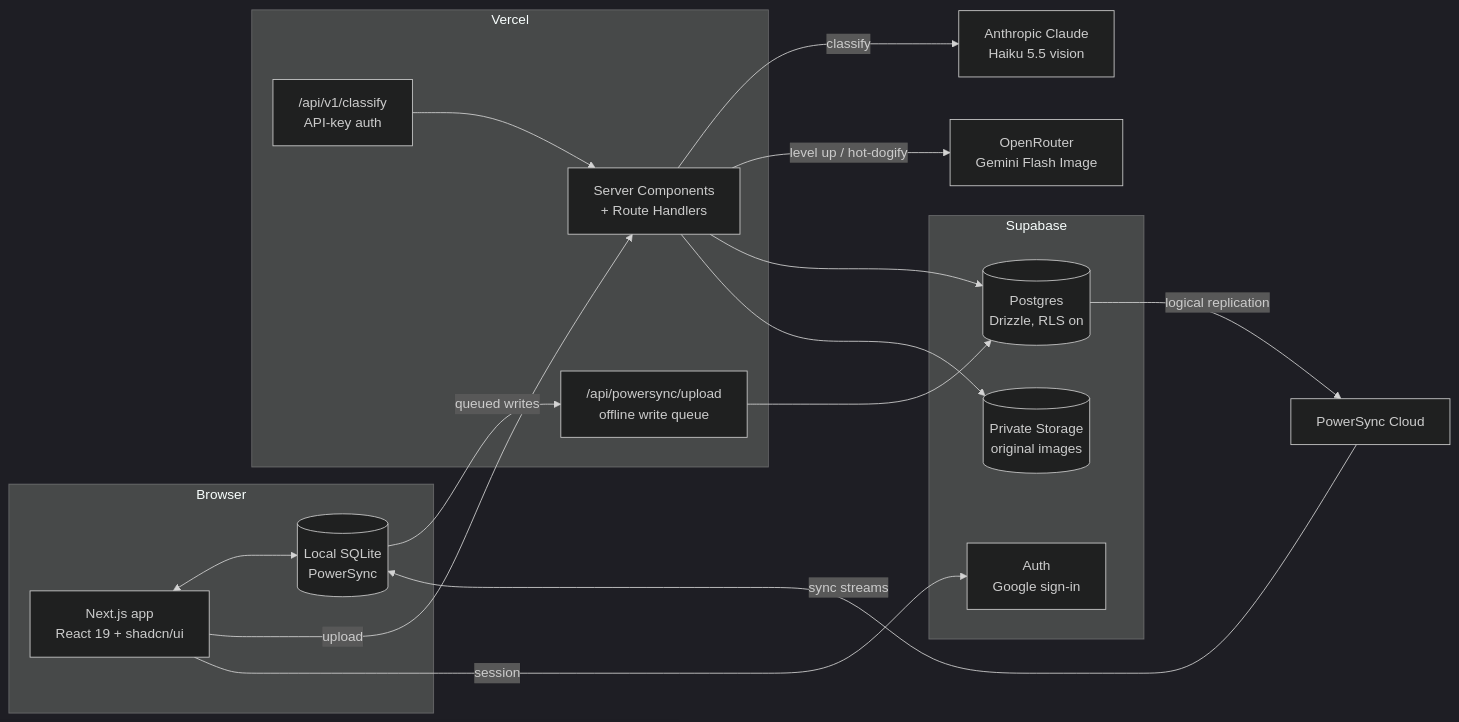
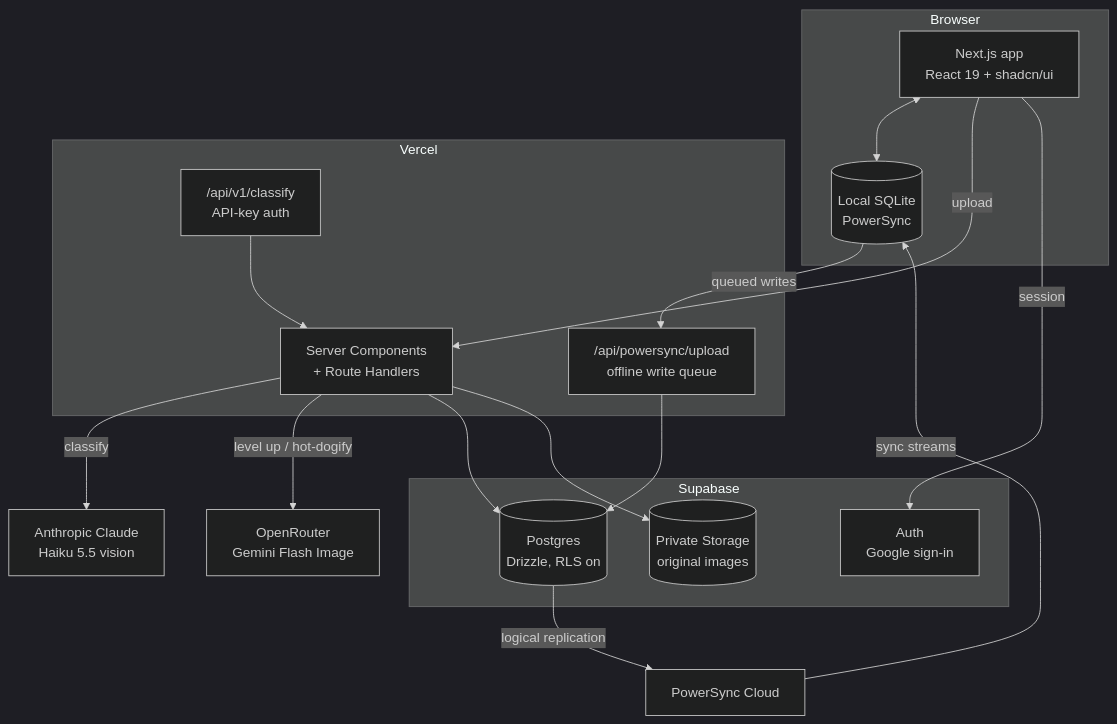
One commit to furiousteabag/seamflow-home-task changed the diagram in README.md. Above: the diagram before and after it, drawn with Mermaid (dark theme).

Commit message:
README: vertical architecture diagram

````diff
--- a/README.md
+++ b/README.md
@@ -41,34 +41,34 @@
 ```mermaid
-flowchart LR
+flowchart TB
   subgraph Browser
     UI[Next.js app<br/>React 19 + shadcn/ui]
     LDB[(Local SQLite<br/>PowerSync)]
     UI <--> LDB
   end
 
   subgraph Vercel
     RSC[Server Components<br/>+ Route Handlers]
     API["/api/v1/classify<br/>API-key auth"]
     UP["/api/powersync/upload<br/>offline write queue"]
   end
 
   subgraph Supabase
     AUTH[Auth<br/>Google sign-in]
     PG[(Postgres<br/>Drizzle, RLS on)]
     ST[(Private Storage<br/>original images)]
   end
 
   CL[Anthropic Claude<br/>Haiku 5.5 vision]
   OR[OpenRouter<br/>Gemini Flash Image]
   PS[PowerSync Cloud]
 
   UI -- upload --> RSC
   API --> RSC
   RSC -- classify --> CL
   RSC -- level up / hot-dogify --> OR
   RSC --> PG
   RSC --> ST
   UI -- session --> AUTH
   LDB -- queued writes --> UP --> PG
   PG -- logical replication --> PS -- sync streams --> LDB
 ```
````
